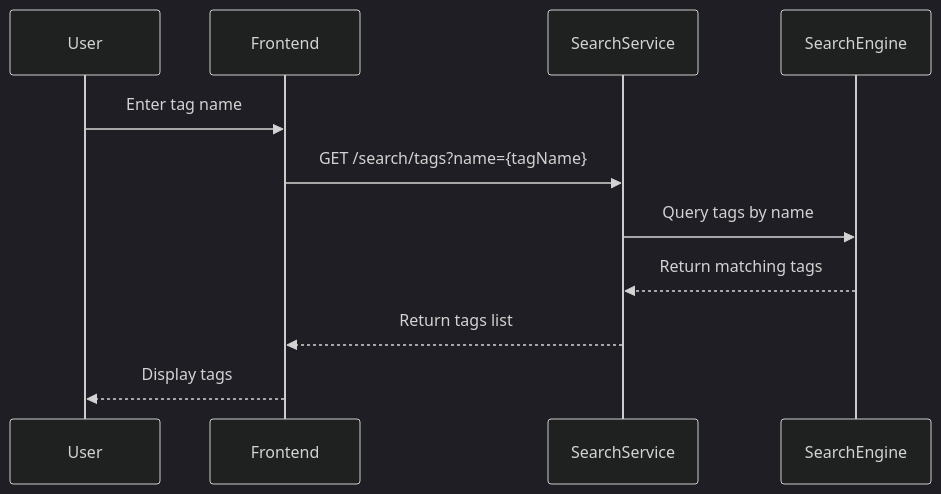
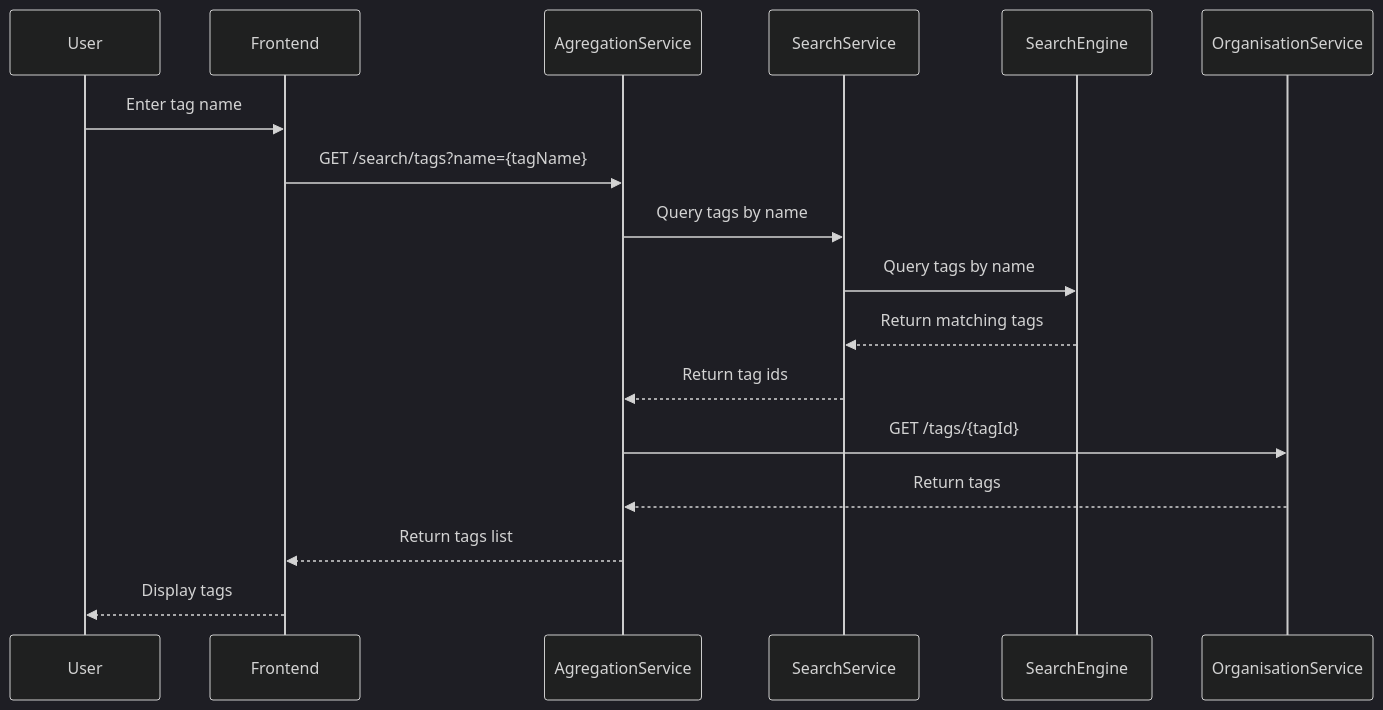
One commit to DO-2K23-26/polypass-archi-technique changed the second of 5 diagrams in src/drafts/search.adoc. Above: the diagram before and after it, drawn with Mermaid (dark theme). The commit also changed other lines of this file, not shown here.

Commit message:
feat: add search api docs

```diff
--- a/src/drafts/search.adoc
+++ b/src/drafts/search.adoc
@@ -266,15 +270,21 @@
 [mermaid]
 ----
 sequenceDiagram
     participant User
     participant Frontend
+    participant AgregationService
     participant SearchService
     participant SearchEngine
+    participant OrganisationService
 
     User->>Frontend: Enter tag name
-    Frontend->>SearchService: GET /search/tags?name={tagName}
+    Frontend->>AgregationService: GET /search/tags?name={tagName}
+    AgregationService->>SearchService: Query tags by name
     SearchService->>SearchEngine: Query tags by name
     SearchEngine-->>SearchService: Return matching tags
-    SearchService-->>Frontend: Return tags list
+    SearchService-->>AgregationService: Return tag ids
+    AgregationService->>OrganisationService: GET /tags/{tagId}
+    OrganisationService-->>AgregationService: Return tags
+    AgregationService-->>Frontend: Return tags list
     Frontend-->>User: Display tags
 ----
```
